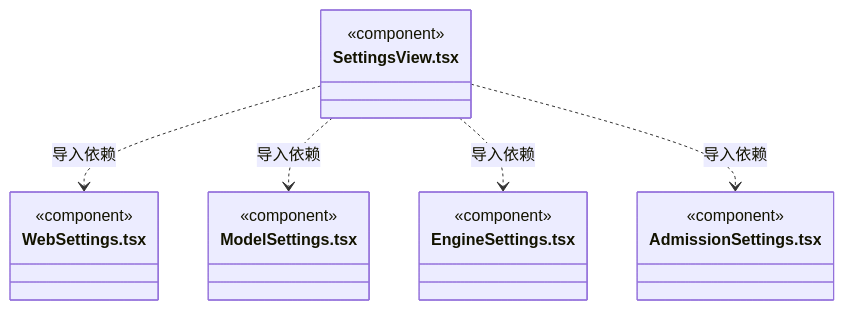
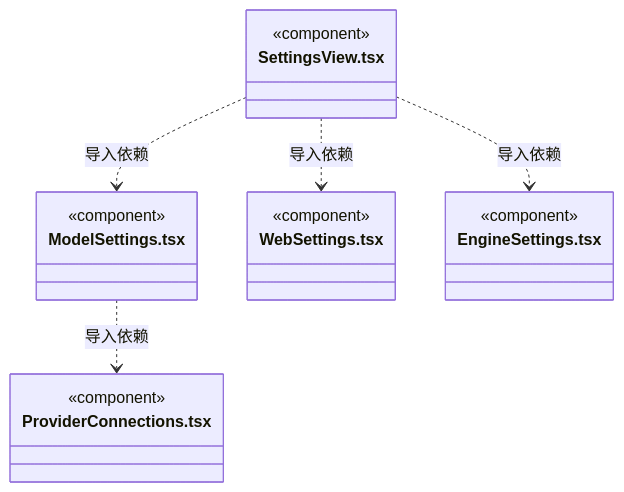
One commit to nan023062/cbim changed diagram 15 of 17 in src/view/settings/ARCHITECTURE.md. Above: the diagram before and after it, drawn with Mermaid. The commit also changed other lines of this file and 36 other files, not shown here.

````diff
--- a/src/view/settings/ARCHITECTURE.md
+++ b/src/view/settings/ARCHITECTURE.md
@@ -226,22 +239,22 @@
 ```mermaid
 classDiagram
+class N_src_view_settings_ModelSettings_tsx["ModelSettings.tsx"] {
+  <<component>>
+}
+class N_src_view_settings_ProviderConnections_tsx["ProviderConnections.tsx"] {
+  <<component>>
+}
 class N_src_view_settings_SettingsView_tsx["SettingsView.tsx"] {
   <<component>>
 }
 class N_src_view_settings_WebSettings_tsx["WebSettings.tsx"] {
   <<component>>
 }
-class N_src_view_settings_ModelSettings_tsx["ModelSettings.tsx"] {
-  <<component>>
-}
 class N_src_view_settings_EngineSettings_tsx["EngineSettings.tsx"] {
   <<component>>
 }
-class N_src_view_settings_AdmissionSettings_tsx["AdmissionSettings.tsx"] {
-  <<component>>
-}
+N_src_view_settings_ModelSettings_tsx ..> N_src_view_settings_ProviderConnections_tsx : 导入依赖
 N_src_view_settings_SettingsView_tsx ..> N_src_view_settings_WebSettings_tsx : 导入依赖
 N_src_view_settings_SettingsView_tsx ..> N_src_view_settings_ModelSettings_tsx : 导入依赖
 N_src_view_settings_SettingsView_tsx ..> N_src_view_settings_EngineSettings_tsx : 导入依赖
-N_src_view_settings_SettingsView_tsx ..> N_src_view_settings_AdmissionSettings_tsx : 导入依赖
 ```
````
